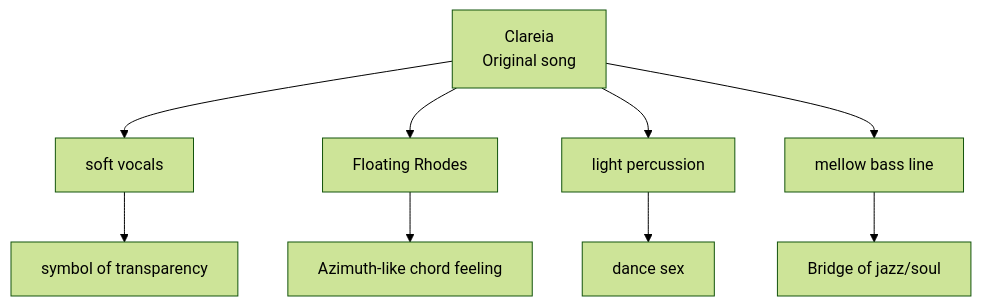
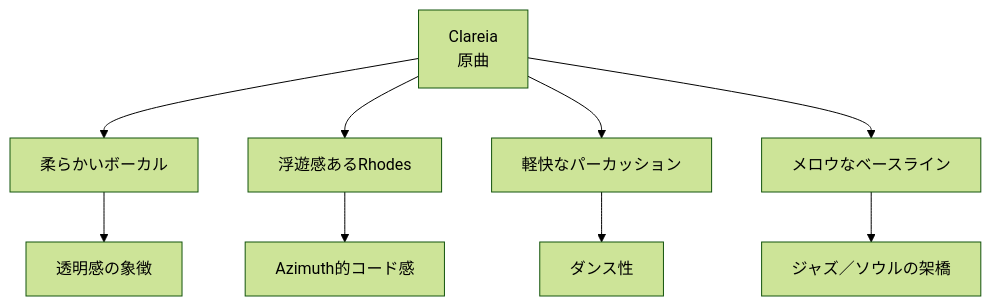
The second of 2 diagrams in en/_posts/2025-11-27-column-sabrina-malheiros.md (monumental-movement/monumental-movement.github.io), drawn with Mermaid (forest theme) before and after one commit. The commit also changed other lines of this file and 775 other files, not shown here.

```diff
--- a/en/_posts/2025-11-27-column-sabrina-malheiros.md
+++ b/en/_posts/2025-11-27-column-sabrina-malheiros.md
@@ -195,13 +195,13 @@
 <div class="mermaid">
 flowchart TD
-    A[Clareia<br>Original song] --> B[soft vocals]
-    A --> C[Floating Rhodes]
-    A --> D[light percussion]
-    A --> E[mellow bass line]
+    A[Clareia<br>原曲] --> B[柔らかいボーカル]
+    A --> C[浮遊感あるRhodes]
+    A --> D[軽快なパーカッション]
+    A --> E[メロウなベースライン]
 
-    B --> F[symbol of transparency]
-    C --> G[Azimuth-like chord feeling]
-    D --> H[dance sex]
-    E --> I[Bridge of jazz/soul]
+    B --> F[透明感の象徴]
+    C --> G[Azimuth的コード感]
+    D --> H[ダンス性]
+    E --> I[ジャズ／ソウルの架橋]
 
 </div>
```
